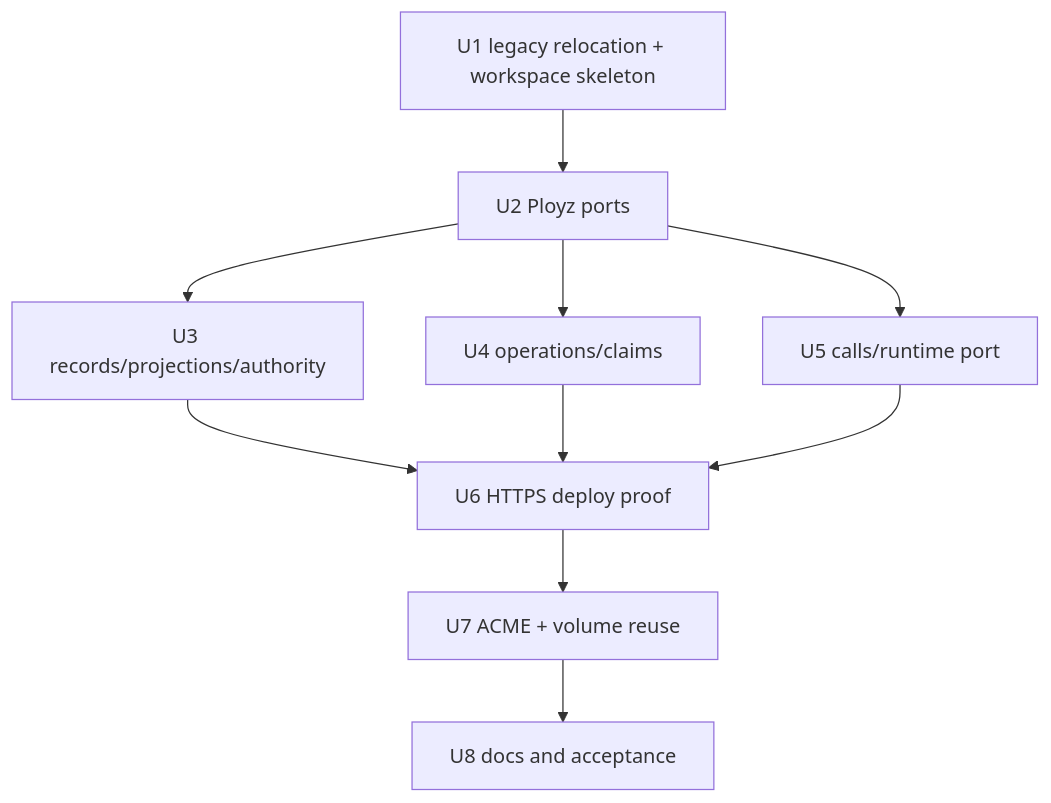
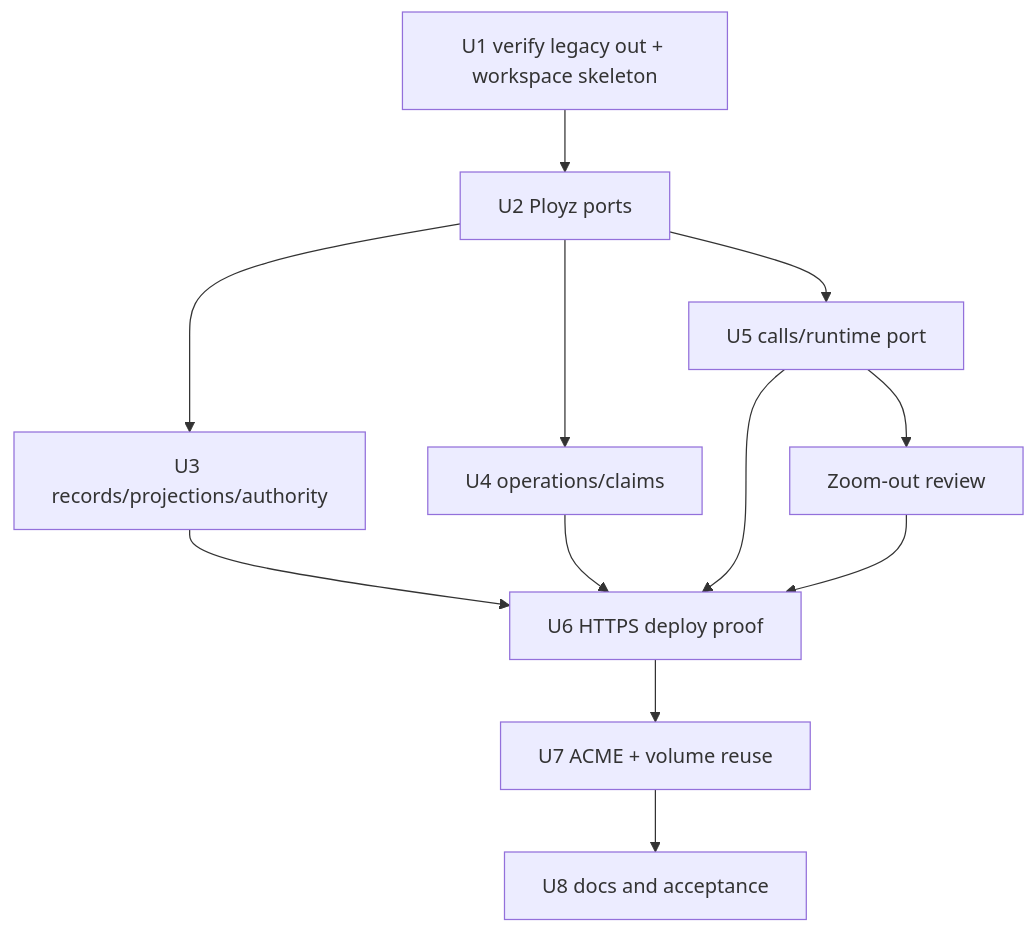
The diagram in docs/plans/2026-05-21-003-refactor-polis-ployz-root-api-boundary-plan.md (getployz/ployz), drawn with Mermaid before and after one commit. The commit also changed other lines of this file and 9 other files, not shown here.

````diff
--- a/docs/plans/2026-05-21-003-refactor-polis-ployz-root-api-boundary-plan.md
+++ b/docs/plans/2026-05-21-003-refactor-polis-ployz-root-api-boundary-plan.md
@@ -309,21 +409,24 @@
 ```mermaid
 flowchart TB
-    U1[U1 legacy relocation + workspace skeleton]
+    U1[U1 verify legacy out + workspace skeleton]
     U2[U2 Ployz ports]
     U3[U3 records/projections/authority]
     U4[U4 operations/claims]
     U5[U5 calls/runtime port]
+    Z1[Zoom-out review]
     U6[U6 HTTPS deploy proof]
     U7[U7 ACME + volume reuse]
     U8[U8 docs and acceptance]
 
     U1 --> U2
     U2 --> U3
     U2 --> U4
     U2 --> U5
     U3 --> U6
     U4 --> U6
     U5 --> U6
+    U5 --> Z1
+    Z1 --> U6
     U6 --> U7
     U7 --> U8
 ```
````
